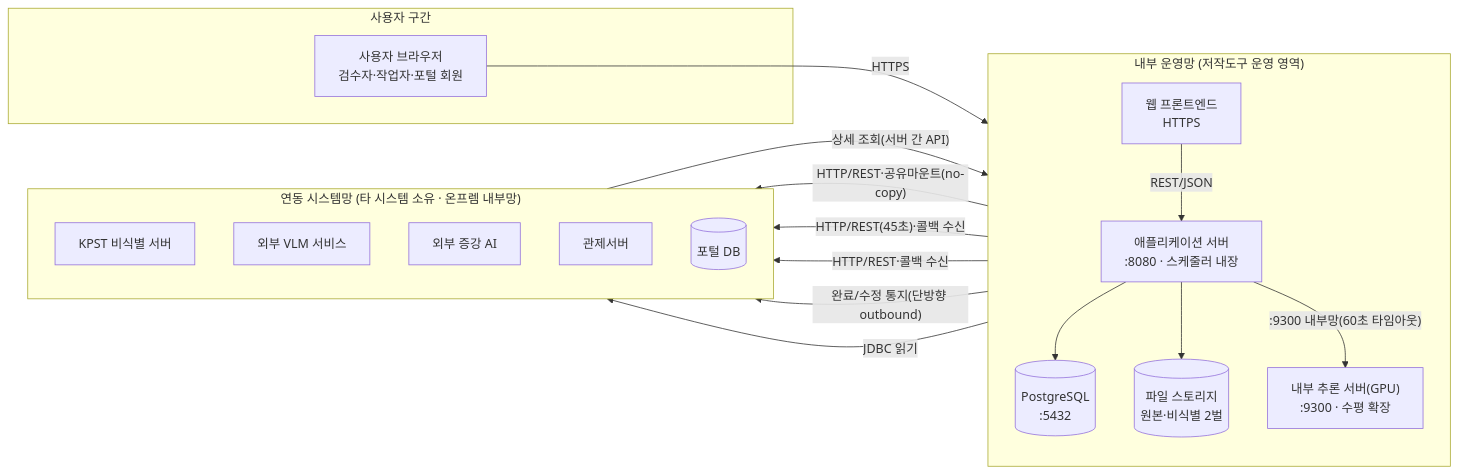
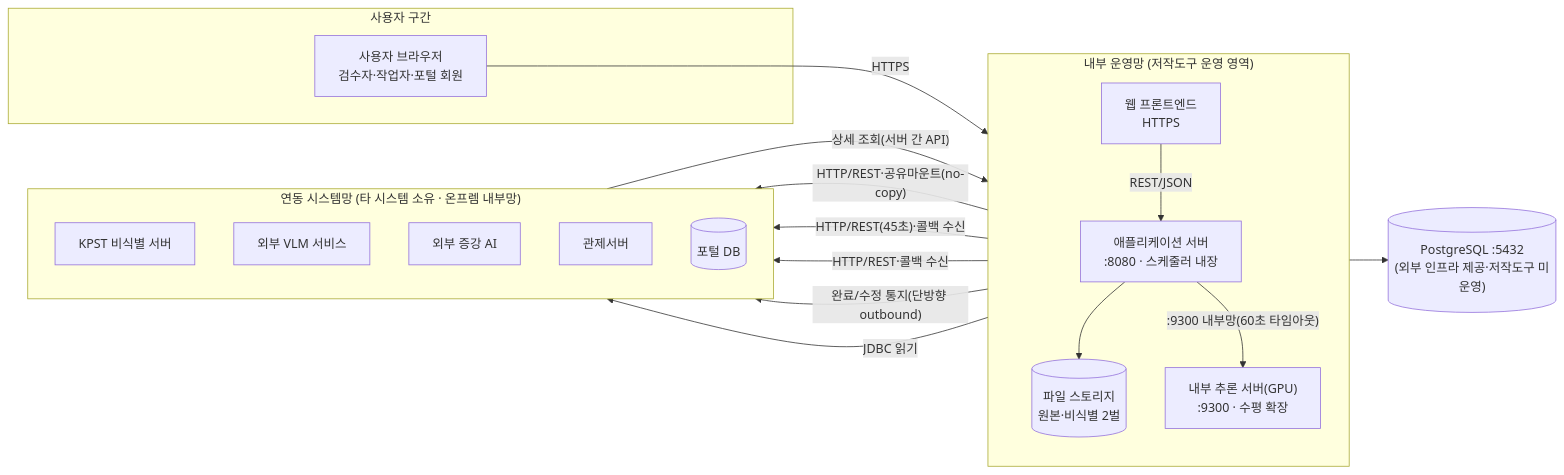
The third of 8 diagrams in docs/design/D5-아키텍처설계서-Rev2.md (New-stella/klid-label), drawn with Mermaid before and after one commit. The commit also changed other lines of this file and 4 other files, not shown here.

````diff
--- a/docs/design/D5-아키텍처설계서-Rev2.md
+++ b/docs/design/D5-아키텍처설계서-Rev2.md
@@ -143,32 +145,32 @@
 ```mermaid
 flowchart LR
     subgraph Z0["사용자 구간"]
         U["사용자 브라우저<br/>검수자·작업자·포털 회원"]
     end
     subgraph Z1["내부 운영망 (저작도구 운영 영역)"]
         direction TB
         WEB["웹 프론트엔드<br/>HTTPS"]
         APP["애플리케이션 서버<br/>:8080 · 스케줄러 내장"]
         AI["내부 추론 서버(GPU)<br/>:9300 · 수평 확장"]
-        DB[("PostgreSQL<br/>:5432")]
         FS[("파일 스토리지<br/>원본·비식별 2벌")]
     end
+    DB[("PostgreSQL :5432<br/>(외부 인프라 제공·저작도구 미운영)")]
     subgraph Z2["연동 시스템망 (타 시스템 소유 · 온프렘 내부망)"]
         direction TB
         KPST["KPST 비식별 서버"]
         VLM["외부 VLM 서비스"]
         AUG["외부 증강 AI"]
         CTRL["관제서버"]
         POR[("포털 DB")]
     end
     U -->|HTTPS| WEB -->|REST/JSON| APP
     APP --> DB
     APP --> FS
     APP -->|":9300 내부망(60초 타임아웃)"| AI
     APP -->|"HTTP/REST·공유마운트(no-copy)"| KPST
     APP -->|"HTTP/REST(45초)·콜백 수신"| VLM
     APP -->|"HTTP/REST·콜백 수신"| AUG
     APP -->|"완료/수정 통지(단방향 outbound)"| CTRL
     CTRL -->|"상세 조회(서버 간 API)"| APP
     APP -->|"JDBC 읽기"| POR
 ```
````
